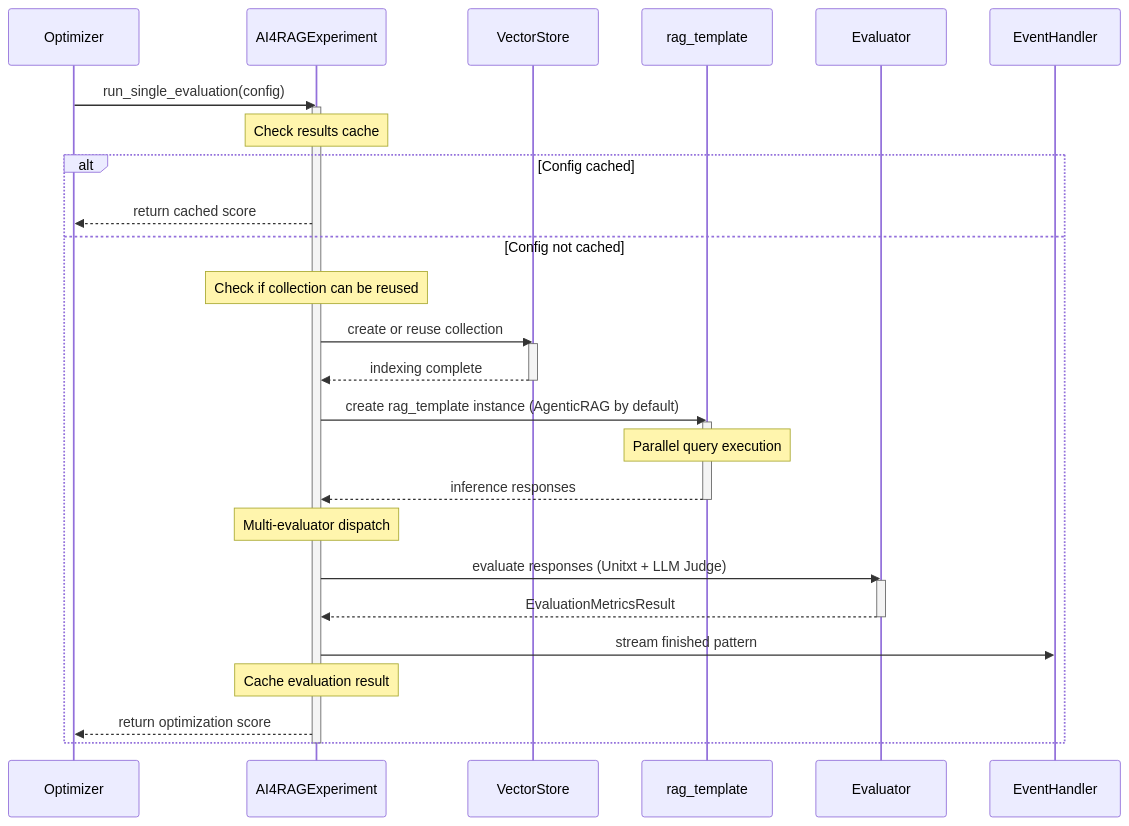
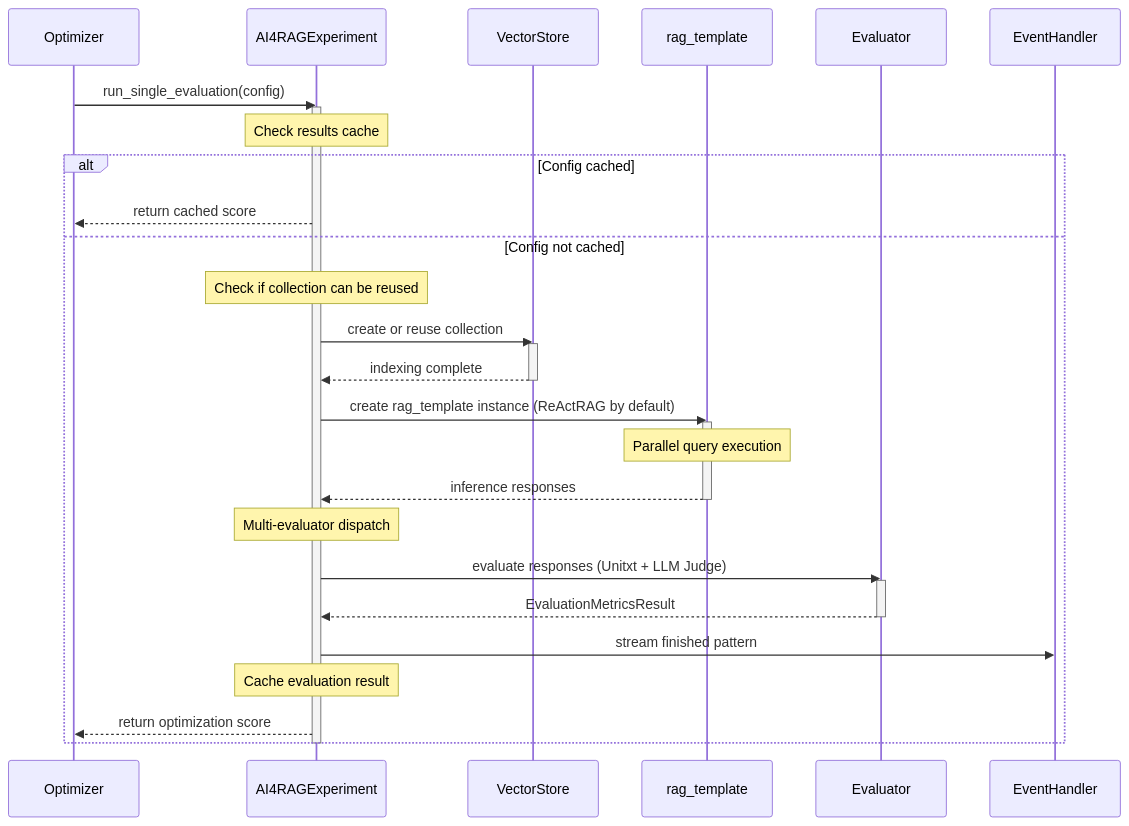
Before and after one commit to IBM/ai4rag: the second of 3 diagrams in docs/architecture/core-components.md, drawn with Mermaid. The commit also changed other lines of this file and 45 other files, not shown here.

````diff
--- a/docs/architecture/core-components.md
+++ b/docs/architecture/core-components.md
@@ -118,40 +120,40 @@
 ```mermaid
 sequenceDiagram
     participant Optimizer
     participant Exp as AI4RAGExperiment
     participant VS as VectorStore
     participant RAG as rag_template
     participant Eval as Evaluator
     participant EH as EventHandler
 
     Optimizer->>Exp: run_single_evaluation(config)
     activate Exp
     Note over Exp: Check results cache
 
     alt Config cached
         Exp-->>Optimizer: return cached score
     else Config not cached
         Note over Exp: Check if collection can be reused
         Exp->>VS: create or reuse collection
         activate VS
         VS-->>Exp: indexing complete
         deactivate VS
 
-        Exp->>RAG: create rag_template instance (AgenticRAG by default)
+        Exp->>RAG: create rag_template instance (ReActRAG by default)
         activate RAG
         Note over RAG: Parallel query execution
         RAG-->>Exp: inference responses
         deactivate RAG
 
         Note over Exp: Multi-evaluator dispatch
         Exp->>Eval: evaluate responses (Unitxt + LLM Judge)
         activate Eval
         Eval-->>Exp: EvaluationMetricsResult
         deactivate Eval
 
         Exp->>EH: stream finished pattern
         Note over Exp: Cache evaluation result
         Exp-->>Optimizer: return optimization score
     end
     deactivate Exp
 ```
````
